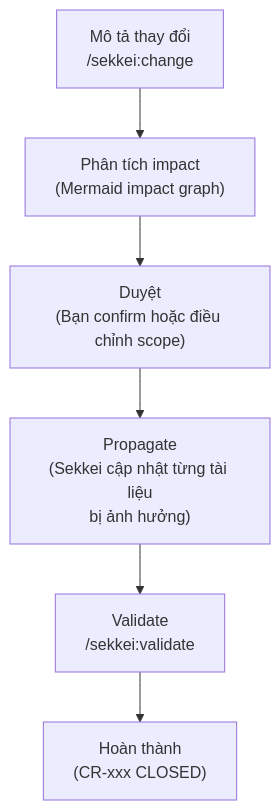
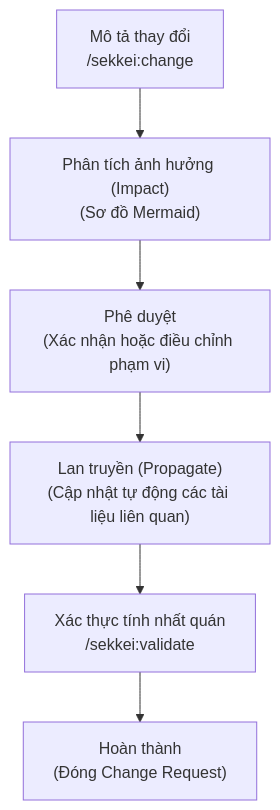
One commit to bienhoang/sekkei-ai-agents changed the diagram in docs/user-guide/04-workflow/05-change-request.md. Above: the diagram before and after it, drawn with Mermaid. The commit also changed other lines of this file and 45 other files, not shown here.

````diff
--- a/docs/user-guide/04-workflow/05-change-request.md
+++ b/docs/user-guide/04-workflow/05-change-request.md
@@ -26,15 +26,15 @@
 ```mermaid
 flowchart TD
     DESCRIBE["Mô tả thay đổi\n/sekkei:change"]
-    IMPACT["Phân tích impact\n(Mermaid impact graph)"]
-    APPROVE["Duyệt\n(Bạn confirm hoặc điều chỉnh scope)"]
-    PROPAGATE["Propagate\n(Sekkei cập nhật từng tài liệu\nbị ảnh hưởng)"]
-    VALIDATE["Validate\n/sekkei:validate"]
-    COMPLETE["Hoàn thành\n(CR-xxx CLOSED)"]
+    IMPACT["Phân tích ảnh hưởng (Impact)\n(Sơ đồ Mermaid)"]
+    APPROVE["Phê duyệt\n(Xác nhận hoặc điều chỉnh phạm vi)"]
+    PROPAGATE["Lan truyền (Propagate)\n(Cập nhật tự động các tài liệu liên quan)"]
+    VALIDATE["Xác thực tính nhất quán\n/sekkei:validate"]
+    COMPLETE["Hoàn thành\n(Đóng Change Request)"]
 
     DESCRIBE --> IMPACT
     IMPACT --> APPROVE
     APPROVE --> PROPAGATE
     PROPAGATE --> VALIDATE
     VALIDATE --> COMPLETE
 ```
````
